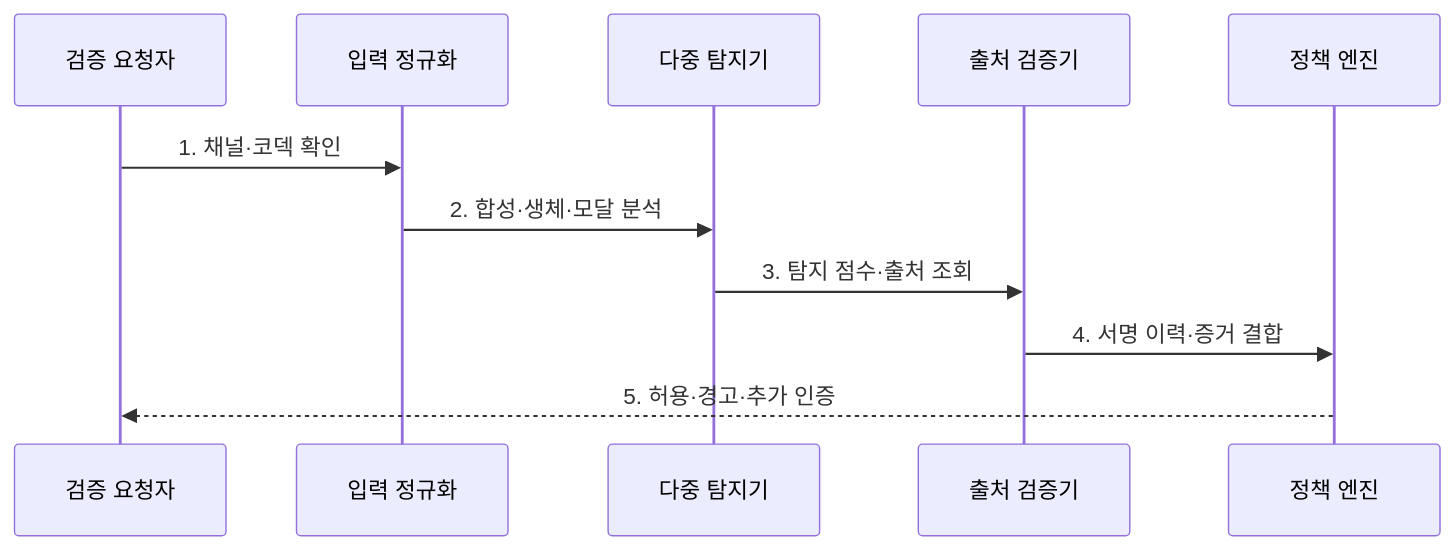
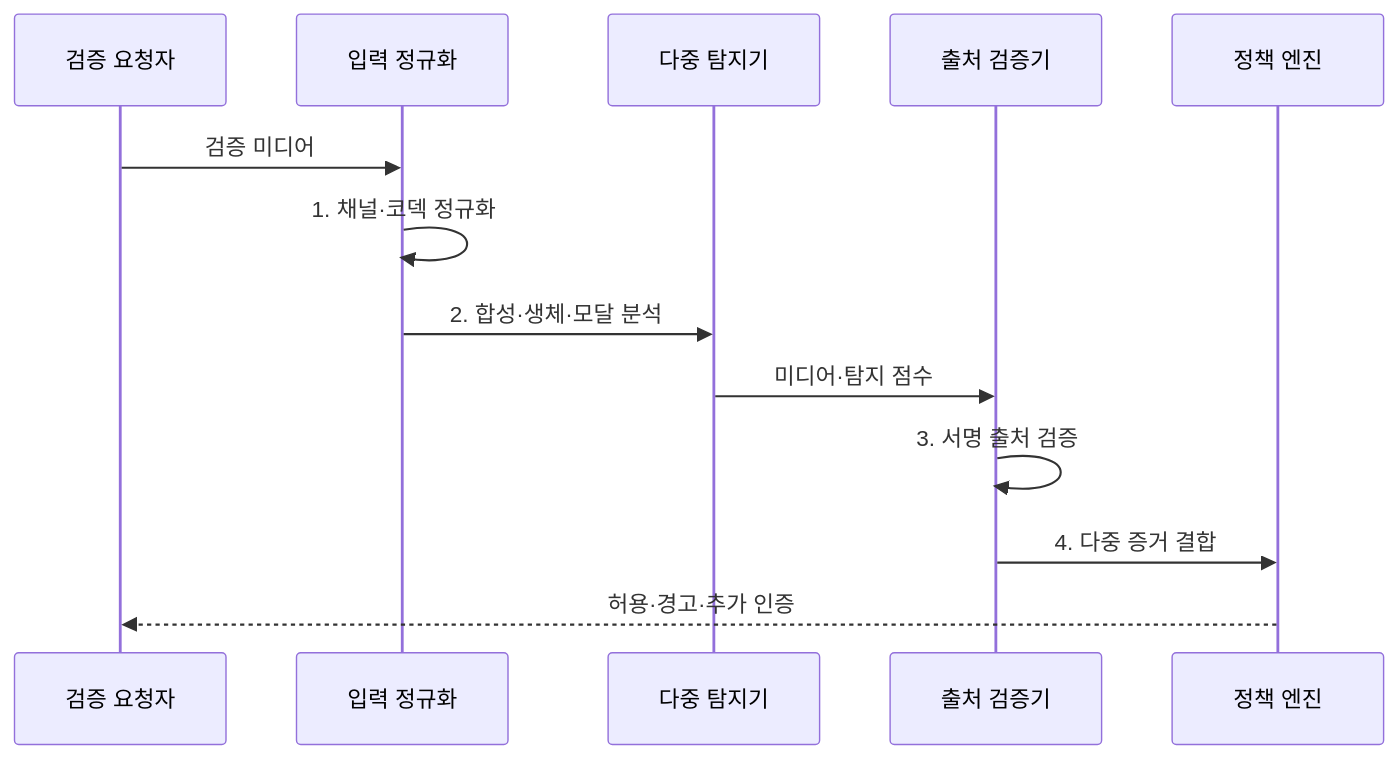
One commit to agnusdei1207/knowledge-base changed the second of 2 diagrams in src/content/docs/notes/05-security/092_deepfake_detection.md. Above: the diagram before and after it, drawn with Mermaid. The commit also changed other lines of this file and 20 other files, not shown here.

````diff
--- a/src/content/docs/notes/05-security/092_deepfake_detection.md
+++ b/src/content/docs/notes/05-security/092_deepfake_detection.md
@@ -85,13 +87,15 @@
 ```mermaid
 sequenceDiagram
     participant U as 검증 요청자
     participant N as 입력 정규화
     participant D as 다중 탐지기
     participant P as 출처 검증기
     participant E as 정책 엔진
-    U->>N: 1. 채널·코덱 확인
+    U->>N: 검증 미디어
+    N->>N: 1. 채널·코덱 정규화
     N->>D: 2. 합성·생체·모달 분석
-    D->>P: 3. 탐지 점수·출처 조회
-    P->>E: 4. 서명 이력·증거 결합
-    E-->>U: 5. 허용·경고·추가 인증
+    D->>P: 미디어·탐지 점수
+    P->>P: 3. 서명 출처 검증
+    P->>E: 4. 다중 증거 결합
+    E-->>U: 허용·경고·추가 인증
 ```
````
